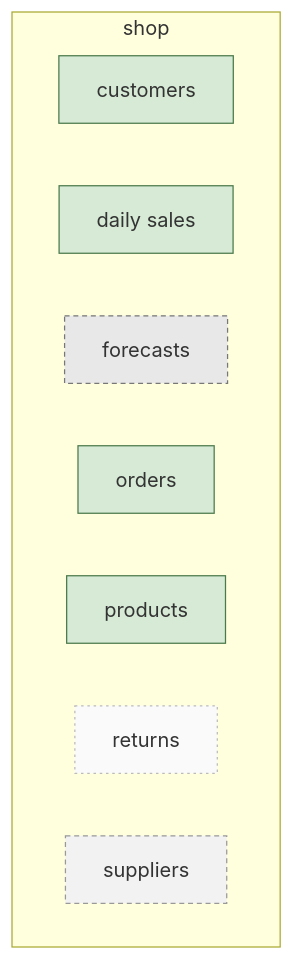
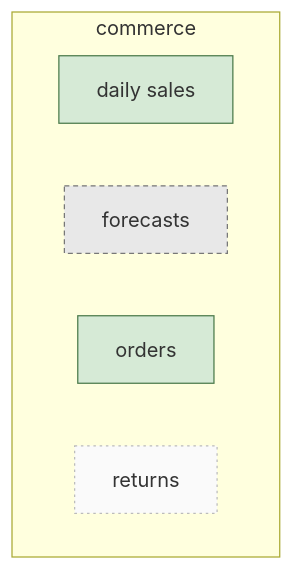
One commit to sav-sus/Hunter changed the first of 6 diagrams in docs/example/data-model.md. Above: the diagram before and after it, drawn with Mermaid. The commit also changed other lines of this file and 130 other files, not shown here.

First line of the commit message:
Add the roadmap, verified status, layer discovery and Pages publishing

````diff
--- a/docs/example/data-model.md
+++ b/docs/example/data-model.md
@@ -16,19 +16,13 @@
 ```mermaid
 flowchart TB
-  subgraph shop["shop"]
-    shop_customer["customers"]
-    shop_daily_sale["daily sales"]
-    shop_forecast["forecasts"]
-    shop_order["orders"]
-    shop_product["products"]
-    shop_return["returns"]
-    shop_supplier["suppliers"]
+  subgraph commerce["commerce"]
+    commerce_daily_sale["daily sales"]
+    commerce_forecast["forecasts"]
+    commerce_order["orders"]
+    commerce_return["returns"]
   end
-  style shop_customer fill:#d6ead6,stroke:#4a7a4a
-  style shop_daily_sale fill:#d6ead6,stroke:#4a7a4a
-  style shop_forecast fill:#e8e8e8,stroke:#777,stroke-dasharray:4 3
-  style shop_order fill:#d6ead6,stroke:#4a7a4a
-  style shop_product fill:#d6ead6,stroke:#4a7a4a
-  style shop_return fill:#fafafa,stroke:#bbb,stroke-dasharray:2 3
-  style shop_supplier fill:#f2f2f2,stroke:#999,stroke-dasharray:4 3
+  style commerce_daily_sale fill:#d6ead6,stroke:#4a7a4a
+  style commerce_forecast fill:#e8e8e8,stroke:#777,stroke-dasharray:4 3
+  style commerce_order fill:#d6ead6,stroke:#4a7a4a
+  style commerce_return fill:#fafafa,stroke:#bbb,stroke-dasharray:2 3
 ```
````
